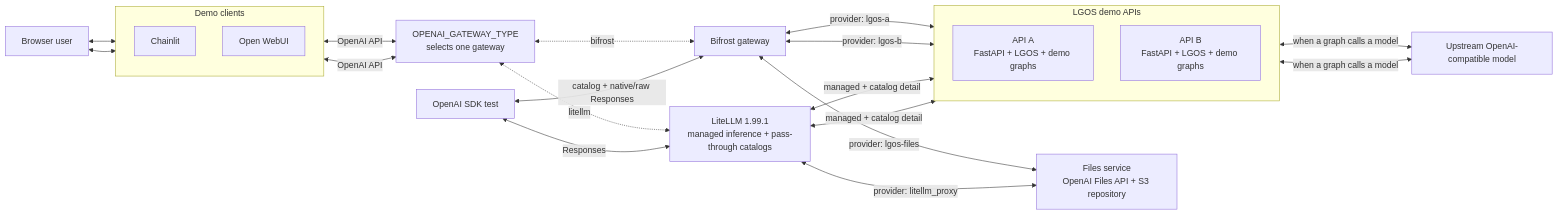
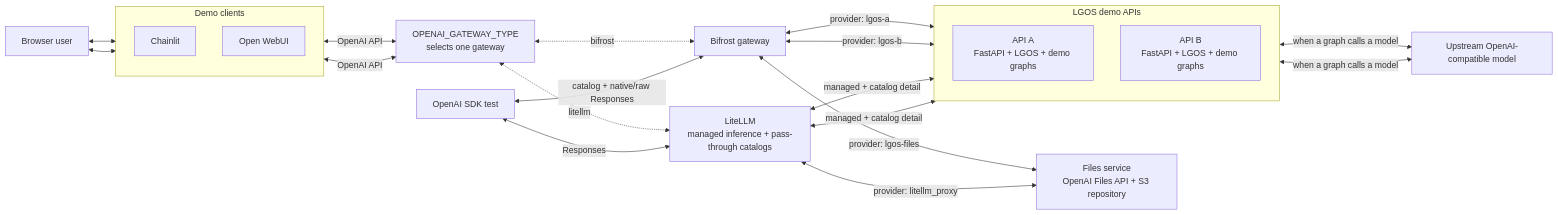
One commit to ilkersigirci/langgraph-openai-serve changed the first of 2 diagrams in docs/demo/architecture.md. Above: the diagram before and after it, drawn with Mermaid. The commit also changed other lines of this file and 10 other files, not shown here.

````diff
--- a/docs/demo/architecture.md
+++ b/docs/demo/architecture.md
@@ -25,42 +25,42 @@
 ```mermaid
 flowchart LR
   user["Browser user"]
 
   subgraph clients["Demo clients"]
     direction TB
     chainlit["Chainlit"]
     openwebui["Open WebUI"]
   end
 
   bifrost["Bifrost gateway"]
-  litellm["LiteLLM 1.99.1<br/>managed inference + pass-through catalogs"]
+  litellm["LiteLLM<br/>managed inference + pass-through catalogs"]
   gateway["OPENAI_GATEWAY_TYPE<br/>selects one gateway"]
   sdk["OpenAI SDK test"]
 
   subgraph apis["LGOS demo APIs"]
     direction TB
     api_a["API A<br/>FastAPI + LGOS + demo graphs"]
     api_b["API B<br/>FastAPI + LGOS + demo graphs"]
   end
 
   files["Files service<br/>OpenAI Files API + S3 repository"]
 
   model["Upstream OpenAI-compatible model"]
 
   user <--> chainlit
   user <--> openwebui
   chainlit <-->|"OpenAI API"| gateway
   openwebui <-->|"OpenAI API"| gateway
   gateway <-.->|"bifrost"| bifrost
   gateway <-.->|"litellm"| litellm
   sdk <-->|"catalog + native/raw Responses"| bifrost
   sdk <-->|"Responses"| litellm
   bifrost <-->|"provider: lgos-a"| api_a
   bifrost <-->|"provider: lgos-b"| api_b
   bifrost <-->|"provider: lgos-files"| files
   litellm <-->|"managed + catalog detail"| api_a
   litellm <-->|"managed + catalog detail"| api_b
   litellm <-->|"provider: litellm_proxy"| files
   api_a <-->|"when a graph calls a model"| model
   api_b <-->|"when a graph calls a model"| model
 ```
````
